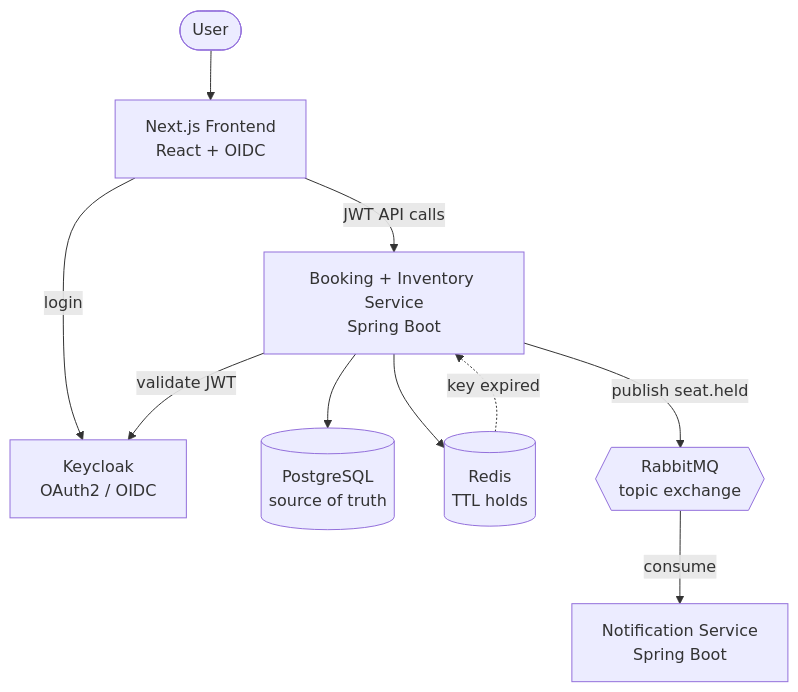
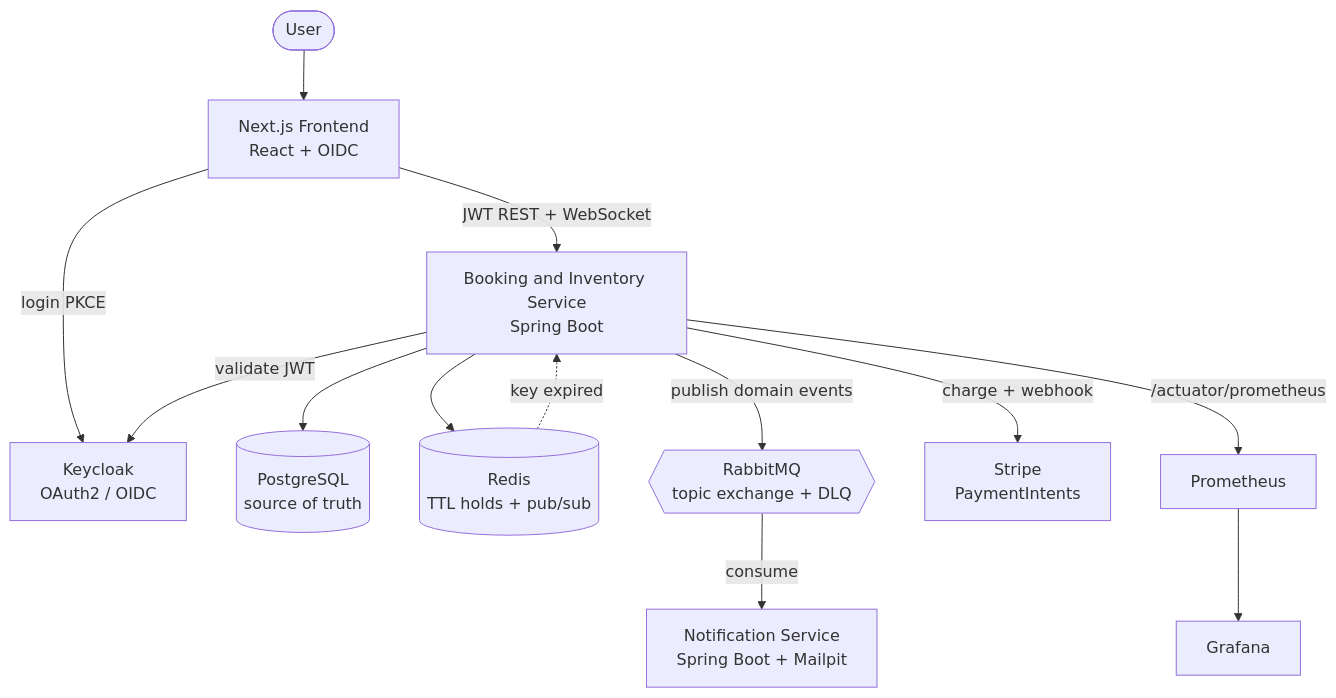
Before and after one commit to kalanas210/apextick: the diagram in README.md, drawn with Mermaid. The commit also changed other lines of this file, not shown here.

````diff
--- a/README.md
+++ b/README.md
@@ -39,21 +41,27 @@
 ```mermaid
 graph TB
     User([User])
     Next["Next.js Frontend<br/>React + OIDC"]
     KC["Keycloak<br/>OAuth2 / OIDC"]
-    API["Booking + Inventory Service<br/>Spring Boot"]
+    API["Booking and Inventory Service<br/>Spring Boot"]
     DB[("PostgreSQL<br/>source of truth")]
-    Redis[("Redis<br/>TTL holds")]
-    MQ{{"RabbitMQ<br/>topic exchange"}}
-    Notif["Notification Service<br/>Spring Boot"]
+    Redis[("Redis<br/>TTL holds + pub/sub")]
+    MQ{{"RabbitMQ<br/>topic exchange + DLQ"}}
+    Notif["Notification Service<br/>Spring Boot + Mailpit"]
+    Stripe["Stripe<br/>PaymentIntents"]
+    Prom["Prometheus"]
+    Graf["Grafana"]
 
     User --> Next
-    Next -->|login| KC
-    Next -->|JWT API calls| API
+    Next -->|login PKCE| KC
+    Next -->|JWT REST + WebSocket| API
     API -->|validate JWT| KC
     API --> DB
     API --> Redis
-    API -->|publish seat.held| MQ
+    API -->|charge + webhook| Stripe
+    API -->|publish domain events| MQ
     MQ -->|consume| Notif
     Redis -.->|key expired| API
+    API -->|/actuator/prometheus| Prom
+    Prom --> Graf
 ```
````
